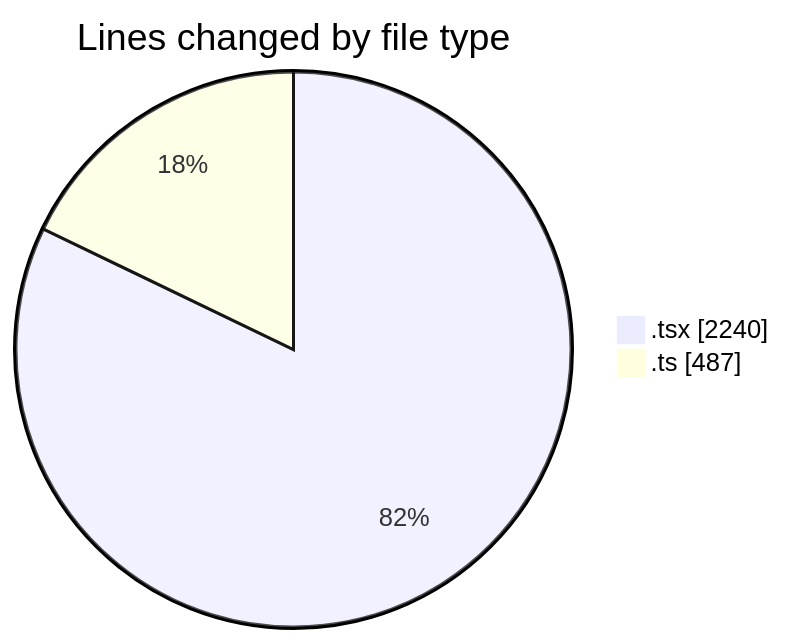
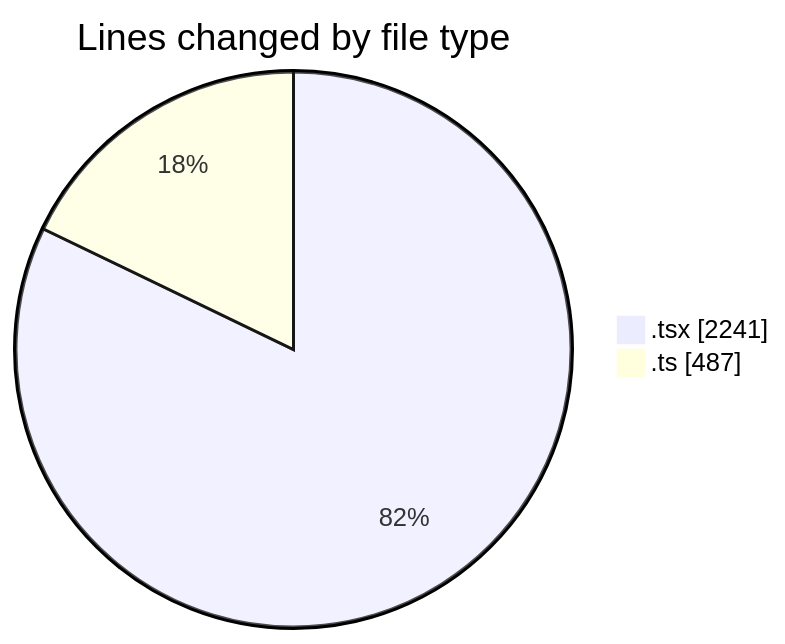
One commit to nxtqubesakshisongat/code-tracking changed the first of 2 diagrams in 2026-03-31/nxtqube_webapp/README.md. Above: the diagram before and after it, drawn with Mermaid. The commit also changed other lines of this file and 1 other file, not shown here.

````diff
--- a/2026-03-31/nxtqube_webapp/README.md
+++ b/2026-03-31/nxtqube_webapp/README.md
@@ -23,6 +23,6 @@
 ```mermaid
 pie showData
 title Lines changed by file type
-".tsx" : 2240
+".tsx" : 2241
 ".ts" : 487
 ```
````
